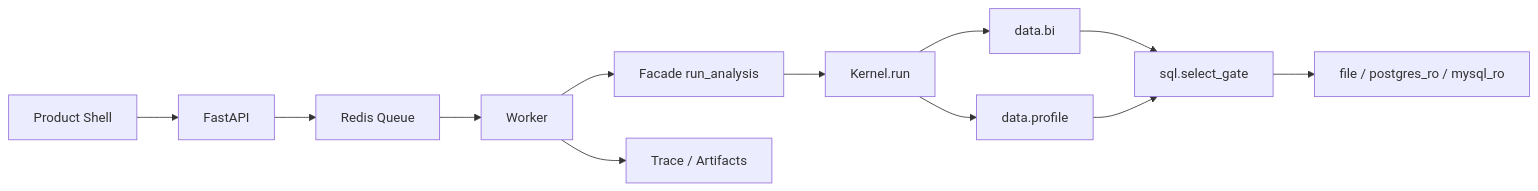
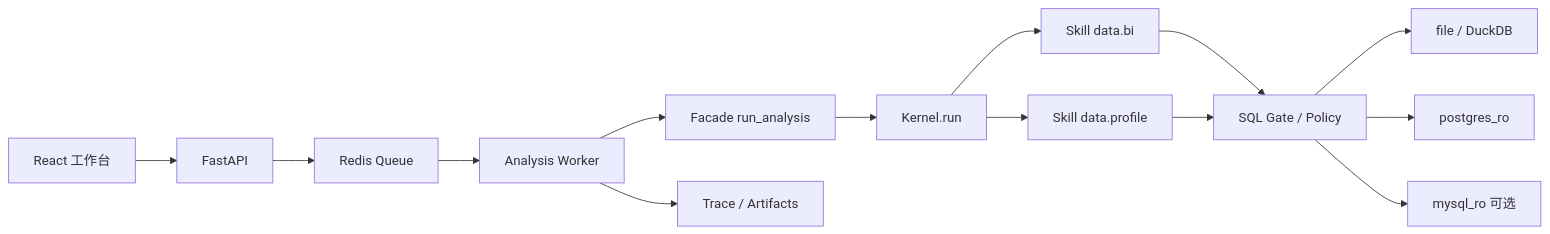
One commit to yshhas/AI-Business-Intelligence-Platform changed the first of 2 diagrams in README.md. Above: the diagram before and after it, drawn with Mermaid. The commit also changed other lines of this file and 8 other files, not shown here.

````diff
--- a/README.md
+++ b/README.md
@@ -27,14 +96,16 @@
 ```mermaid
 flowchart LR
-  UI[Product Shell] --> API[FastAPI]
+  UI[React 工作台] --> API[FastAPI]
   API --> Q[Redis Queue]
-  Q --> W[Worker]
+  Q --> W[Analysis Worker]
   W --> F[Facade run_analysis]
   F --> K[Kernel.run]
-  K --> S1[data.bi]
-  K --> S2[data.profile]
-  S1 --> P[sql.select_gate]
+  K --> S1[Skill data.bi]
+  K --> S2[Skill data.profile]
+  S1 --> P[SQL Gate / Policy]
   S2 --> P
-  P --> DP[file / postgres_ro / mysql_ro]
+  P --> D1[file / DuckDB]
+  P --> D2[postgres_ro]
+  P --> D3[mysql_ro 可选]
   W --> T[Trace / Artifacts]
 ```
````
